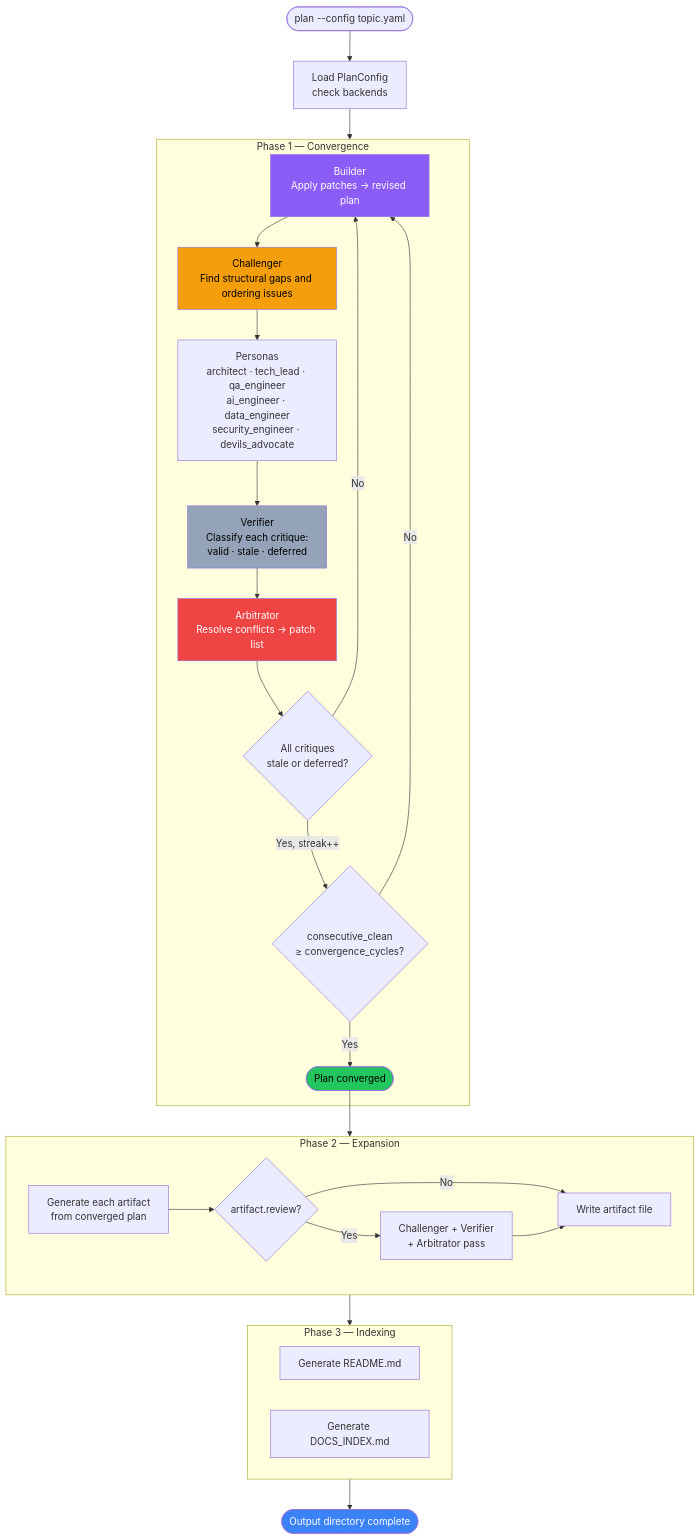
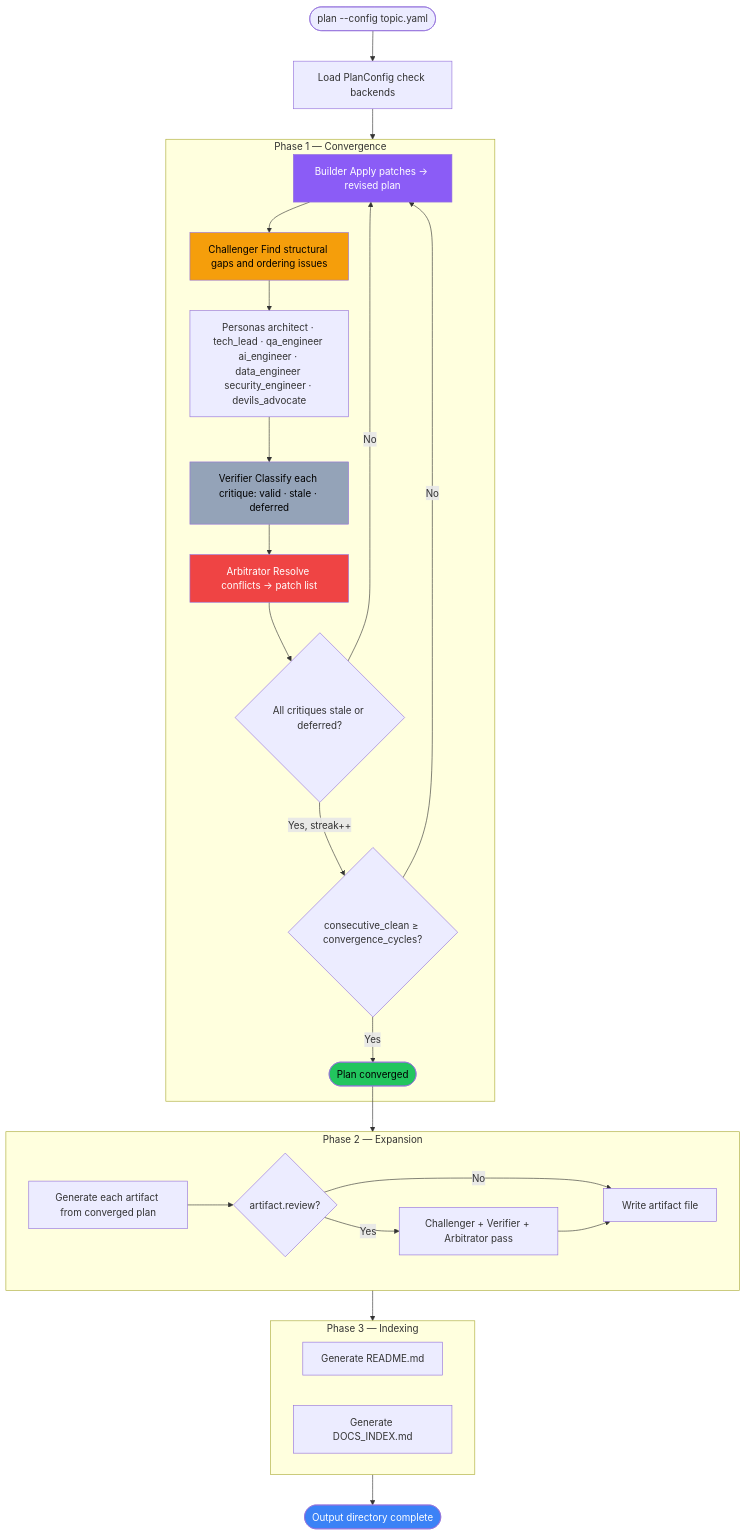
The diagram in docs/plan.md (josefigueredo/multillm-adversarial-convergence), drawn with Mermaid before and after one commit. The commit also changed 1 other file, not shown here.

Commit message:
Mermaid fixes

````diff
--- a/docs/plan.md
+++ b/docs/plan.md
@@ -55,44 +55,44 @@
 ```mermaid
 flowchart TD
-    START([plan --config topic.yaml]) --> INIT[Load PlanConfig\ncheck backends]
+    START([plan --config topic.yaml]) --> INIT[Load PlanConfig check backends]
     INIT --> P1
 
     subgraph P1 ["Phase 1 — Convergence"]
-        BUILDER[Builder\nApply patches → revised plan]
-        BUILDER --> CHALLENGER[Challenger\nFind structural gaps and ordering issues]
-        CHALLENGER --> PERSONAS[Personas\narchitect · tech_lead · qa_engineer\nai_engineer · data_engineer\nsecurity_engineer · devils_advocate]
-        PERSONAS --> VERIFIER[Verifier\nClassify each critique:\nvalid · stale · deferred]
-        VERIFIER --> ARBITRATOR[Arbitrator\nResolve conflicts → patch list]
-        ARBITRATOR --> CLEAN{All critiques\nstale or deferred?}
+        BUILDER[Builder Apply patches → revised plan]
+        BUILDER --> CHALLENGER[Challenger Find structural gaps and ordering issues]
+        CHALLENGER --> PERSONAS[Personas architect · tech_lead · qa_engineer ai_engineer · data_engineer security_engineer · devils_advocate]
+        PERSONAS --> VERIFIER[Verifier Classify each critique: valid · stale · deferred]
+        VERIFIER --> ARBITRATOR[Arbitrator Resolve conflicts → patch list]
+        ARBITRATOR --> CLEAN{All critiques stale or deferred?}
         CLEAN -->|No| BUILDER
-        CLEAN -->|Yes, streak++| STREAK{consecutive_clean\n≥ convergence_cycles?}
+        CLEAN -->|Yes, streak++| STREAK{consecutive_clean ≥ convergence_cycles?}
         STREAK -->|No| BUILDER
         STREAK -->|Yes| CONVERGED([Plan converged])
     end
 
     CONVERGED --> P2
 
     subgraph P2 ["Phase 2 — Expansion"]
-        GEN[Generate each artifact\nfrom converged plan]
+        GEN[Generate each artifact from converged plan]
         GEN --> REV{artifact.review?}
-        REV -->|Yes| ARTREV[Challenger + Verifier\n+ Arbitrator pass]
+        REV -->|Yes| ARTREV[Challenger + Verifier + Arbitrator pass]
         REV -->|No| WRITE[Write artifact file]
         ARTREV --> WRITE
     end
 
     P2 --> P3
 
     subgraph P3 ["Phase 3 — Indexing"]
         README[Generate README.md]
         DOCSIDX[Generate DOCS_INDEX.md]
     end
 
     P3 --> DONE([Output directory complete])
 
     style CONVERGED fill:#22c55e,color:#000
     style DONE fill:#3b82f6,color:#fff
     style BUILDER fill:#8b5cf6,color:#fff
     style CHALLENGER fill:#f59e0b,color:#000
     style VERIFIER fill:#94a3b8,color:#000
     style ARBITRATOR fill:#ef4444,color:#fff
 ```
````
